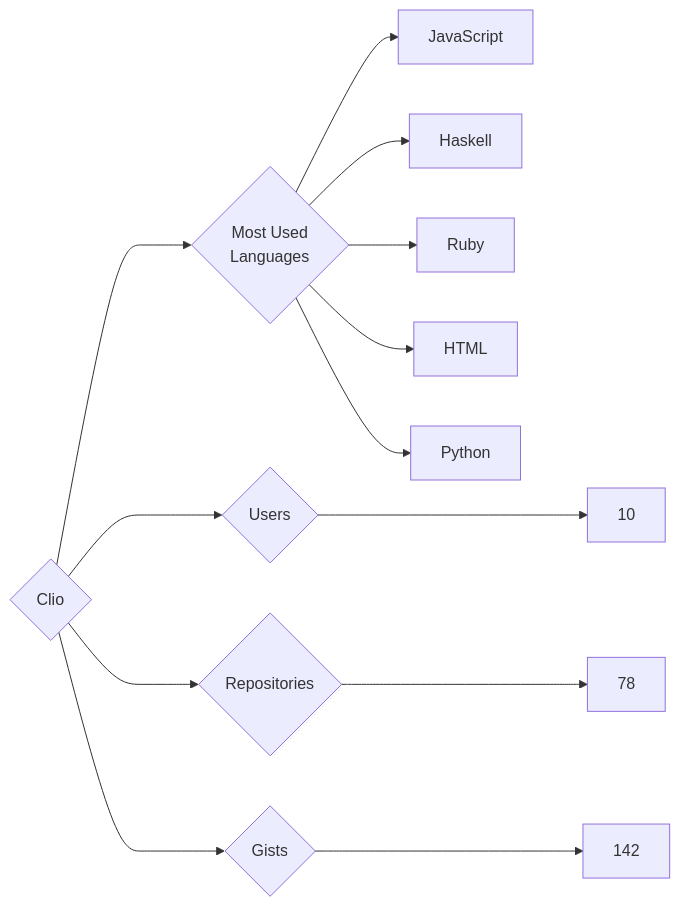
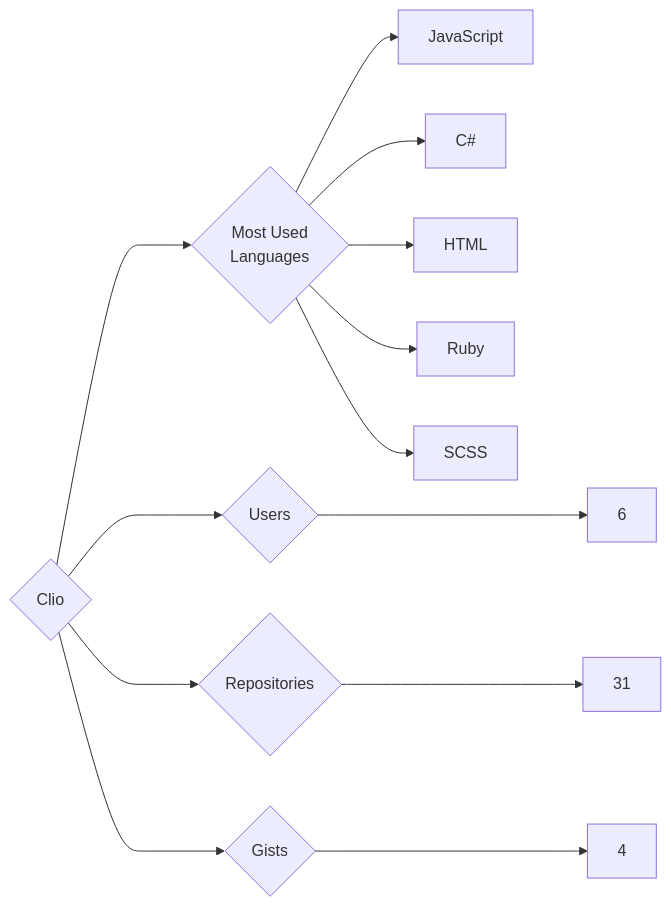
Before and after one commit to trickest/insiders: the diagram in targets/Clio/README.md, drawn with Mermaid. The commit also changed 1084 other files, not shown here.

````diff
--- a/targets/Clio/README.md
+++ b/targets/Clio/README.md
@@ -3,13 +3,13 @@
 ```mermaid
 graph LR
 COMPANY_NAME{Clio}
-COMPANY_NAME ---> U{Users} ---> UN[10]
-COMPANY_NAME ---> R{Repositories} ---> RN[78]
-COMPANY_NAME ---> G{Gists} ---> GN[142]
+COMPANY_NAME ---> U{Users} ---> UN[6]
+COMPANY_NAME ---> R{Repositories} ---> RN[31]
+COMPANY_NAME ---> G{Gists} ---> GN[4]
 COMPANY_NAME ---> ML{Most Used<br>Languages}
 ML --> JavaScript[JavaScript]
-ML --> Haskell[Haskell]
+ML --> C#[C#]
+ML --> HTML[HTML]
 ML --> Ruby[Ruby]
-ML --> HTML[HTML]
-ML --> Python[Python]
+ML --> SCSS[SCSS]
 ```
````
